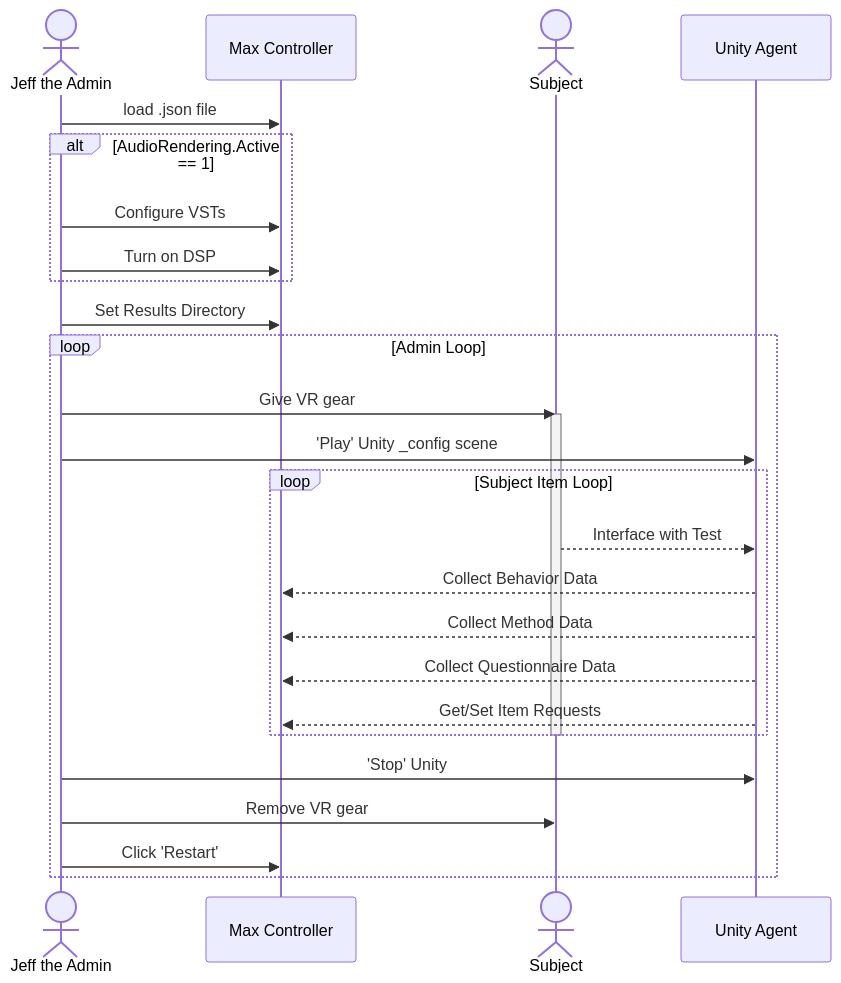
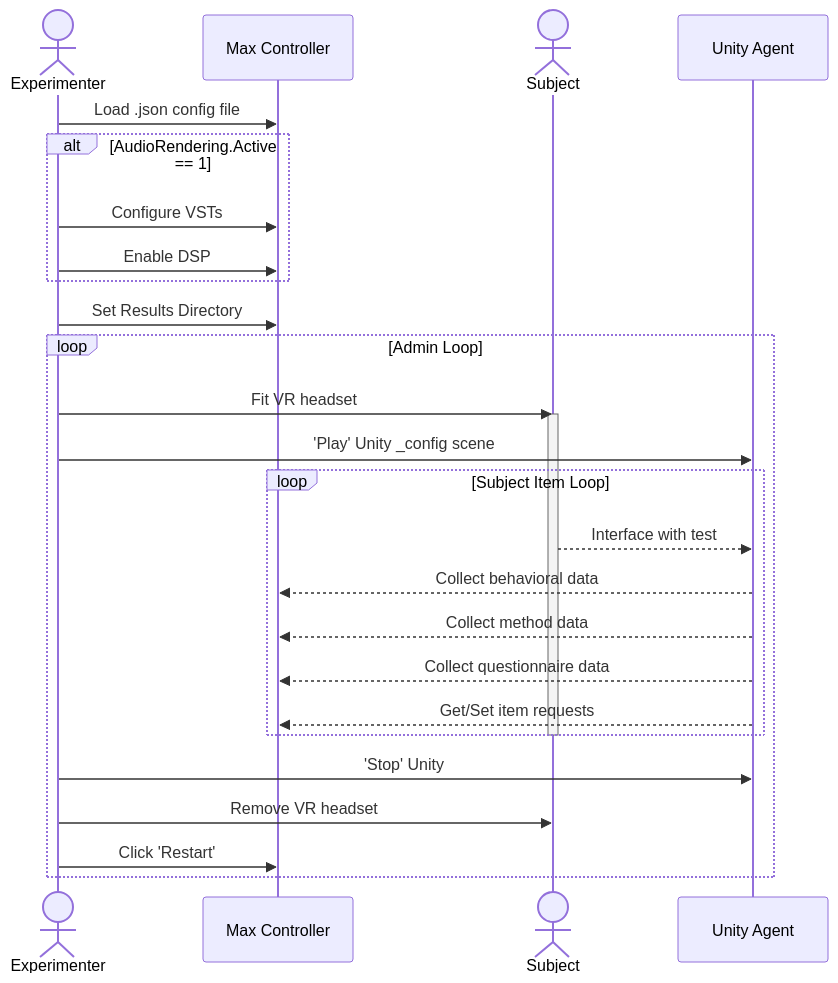
One commit to qoevave/qexe changed the diagram in docs/example-test.mdx. Above: the diagram before and after it, drawn with Mermaid. The commit also changed other lines of this file and 46 other files, not shown here.

````diff
--- a/docs/example-test.mdx
+++ b/docs/example-test.mdx
@@ -96,27 +116,27 @@
 ```mermaid
 sequenceDiagram
-actor Jeff the Admin
-Jeff the Admin->> Max Controller: load .json file
+    actor Experimenter
+    Experimenter->> Max Controller: Load .json config file
     alt AudioRendering.Active == 1
-        Jeff the Admin->>Max Controller: Configure VSTs
-        Jeff the Admin->>Max Controller: Turn on DSP
+        Experimenter->>Max Controller: Configure VSTs
+        Experimenter->>Max Controller: Enable DSP
     end
-Jeff the Admin ->> Max Controller: Set Results Directory
-create actor C as Subject
-loop Admin Loop
-Jeff the Admin ->> C: Give VR gear
-activate C
-Jeff the Admin ->> Unity Agent: 'Play' Unity _config scene
-loop Subject Item Loop
-        C-->>Unity Agent: Interface with Test
-        Unity Agent -->> Max Controller: Collect Behavior Data
-        Unity Agent -->> Max Controller: Collect Method Data
-        Unity Agent -->> Max Controller: Collect Questionnaire Data
-        Unity Agent -->> Max Controller: Get/Set Item Requests
-end
-deactivate C
-Jeff the Admin ->> Unity Agent: 'Stop' Unity
-Jeff the Admin ->> C: Remove VR gear
-Jeff the Admin ->> Max Controller: Click 'Restart'
-end
+    Experimenter ->> Max Controller: Set Results Directory
+    create actor C as Subject
+    loop Admin Loop
+        Experimenter ->> C: Fit VR headset
+        activate C
+        Experimenter ->> Unity Agent: 'Play' Unity _config scene
+        loop Subject Item Loop
+            C-->>Unity Agent: Interface with test
+            Unity Agent -->> Max Controller: Collect behavioral data
+            Unity Agent -->> Max Controller: Collect method data
+            Unity Agent -->> Max Controller: Collect questionnaire data
+            Unity Agent -->> Max Controller: Get/Set item requests
+        end
+        deactivate C
+        Experimenter ->> Unity Agent: 'Stop' Unity
+        Experimenter ->> C: Remove VR headset
+        Experimenter ->> Max Controller: Click 'Restart'
+    end
 ```
````
